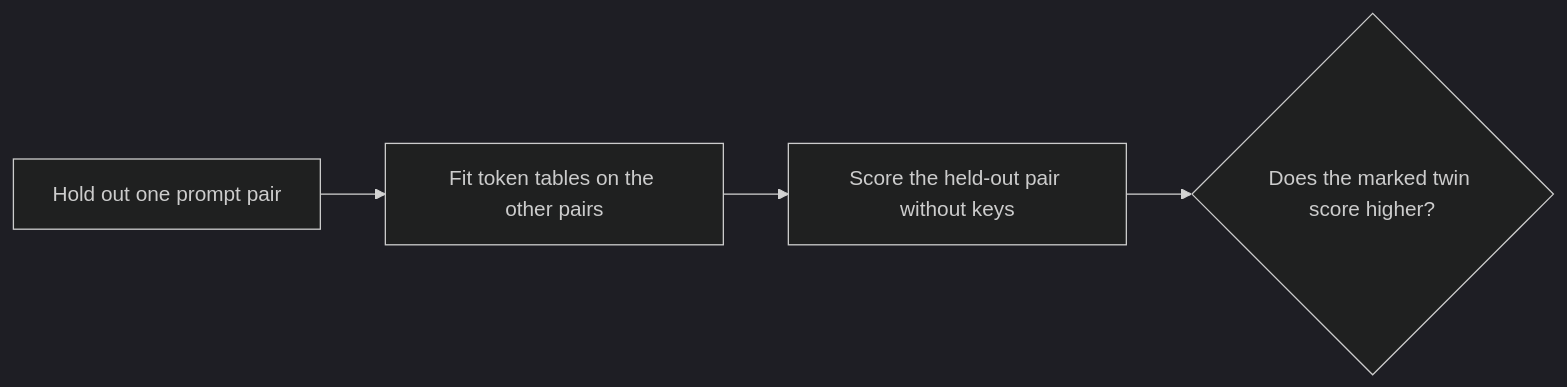
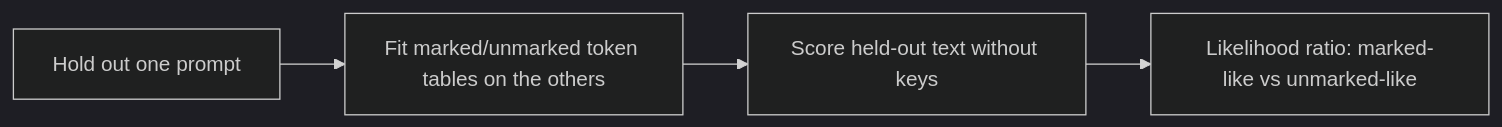
Before and after one commit to jensabrahamsson/text-watermark-laboratory: the second of 2 diagrams in README.md, drawn with Mermaid (dark theme). The commit also changed other lines of this file and 10 other files, not shown here.

````diff
--- a/README.md
+++ b/README.md
@@ -87,6 +70,6 @@
 ```mermaid
 flowchart LR
-  A[Hold out one prompt pair] --> B[Fit token tables on the other pairs]
-  B --> C[Score the held-out pair without keys]
-  C --> D{Does the marked twin score higher?}
+  A[Hold out one prompt] --> B[Fit marked/unmarked token tables on the others]
+  B --> C[Score held-out text without keys]
+  C --> D[Likelihood ratio: marked-like vs unmarked-like]
 ```
````
